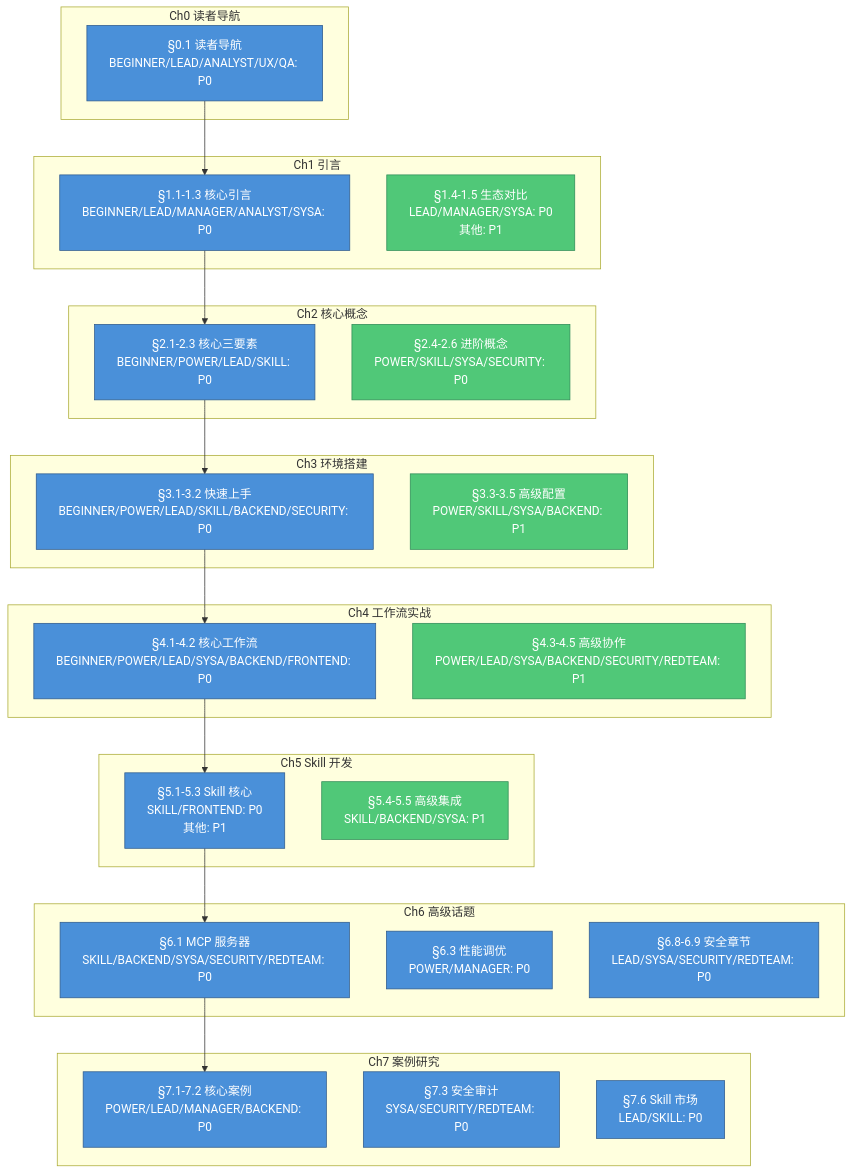
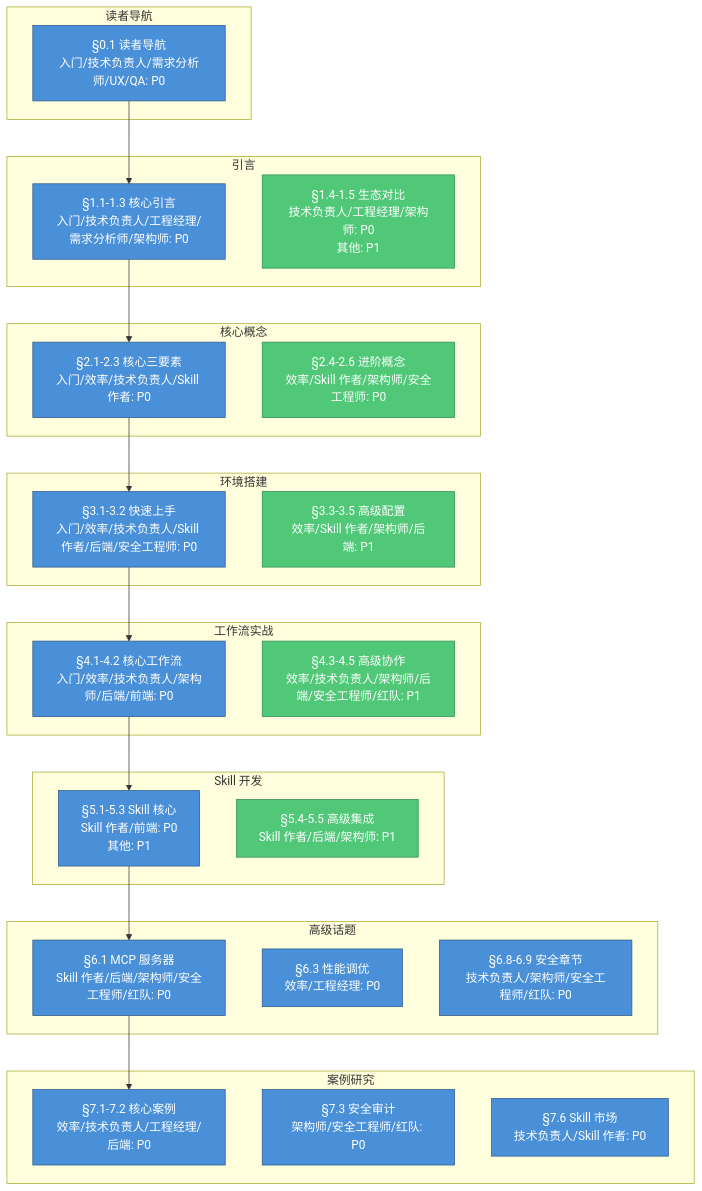
One commit to tonydeng/harness-engineering-from-oc-to-ai-coding changed the third of 6 diagrams in src/00-guide/README.md. Above: the diagram before and after it, drawn with Mermaid. The commit also changed other lines of this file and 3 other files, not shown here.

````diff
--- a/src/00-guide/README.md
+++ b/src/00-guide/README.md
@@ -138,58 +138,58 @@
 ```mermaid
 graph TB
-    subgraph Ch0["Ch0 读者导航"]
-        C0_1["§0.1 读者导航<br/>BEGINNER/LEAD/ANALYST/UX/QA: P0"]
+    subgraph Ch0["读者导航"]
+        C0_1["§0.1 读者导航<br/>入门/技术负责人/需求分析师/UX/QA: P0"]
     end
-    
-    subgraph Ch1["Ch1 引言"]
-        C1_1["§1.1-1.3 核心引言<br/>BEGINNER/LEAD/MANAGER/ANALYST/SYSA: P0"]
-        C1_2["§1.4-1.5 生态对比<br/>LEAD/MANAGER/SYSA: P0<br/>其他: P1"]
+
+    subgraph Ch1["引言"]
+        C1_1["§1.1-1.3 核心引言<br/>入门/技术负责人/工程经理/需求分析师/架构师: P0"]
+        C1_2["§1.4-1.5 生态对比<br/>技术负责人/工程经理/架构师: P0<br/>其他: P1"]
     end
-    
-    subgraph Ch2["Ch2 核心概念"]
-        C2_1["§2.1-2.3 核心三要素<br/>BEGINNER/POWER/LEAD/SKILL: P0"]
-        C2_2["§2.4-2.6 进阶概念<br/>POWER/SKILL/SYSA/SECURITY: P0"]
+
+    subgraph Ch2["核心概念"]
+        C2_1["§2.1-2.3 核心三要素<br/>入门/效率/技术负责人/Skill 作者: P0"]
+        C2_2["§2.4-2.6 进阶概念<br/>效率/Skill 作者/架构师/安全工程师: P0"]
     end
-    
-    subgraph Ch3["Ch3 环境搭建"]
-        C3_1["§3.1-3.2 快速上手<br/>BEGINNER/POWER/LEAD/SKILL/BACKEND/SECURITY: P0"]
-        C3_2["§3.3-3.5 高级配置<br/>POWER/SKILL/SYSA/BACKEND: P1"]
+
+    subgraph Ch3["环境搭建"]
+        C3_1["§3.1-3.2 快速上手<br/>入门/效率/技术负责人/Skill 作者/后端/安全工程师: P0"]
+        C3_2["§3.3-3.5 高级配置<br/>效率/Skill 作者/架构师/后端: P1"]
     end
-    
-    subgraph Ch4["Ch4 工作流实战"]
-        C4_1["§4.1-4.2 核心工作流<br/>BEGINNER/POWER/LEAD/SYSA/BACKEND/FRONTEND: P0"]
-        C4_2["§4.3-4.5 高级协作<br/>POWER/LEAD/SYSA/BACKEND/SECURITY/REDTEAM: P1"]
+
+    subgraph Ch4["工作流实战"]
+        C4_1["§4.1-4.2 核心工作流<br/>入门/效率/技术负责人/架构师/后端/前端: P0"]
+        C4_2["§4.3-4.5 高级协作<br/>效率/技术负责人/架构师/后端/安全工程师/红队: P1"]
     end
-    
-    subgraph Ch5["Ch5 Skill 开发"]
-        C5_1["§5.1-5.3 Skill 核心<br/>SKILL/FRONTEND: P0<br/>其他: P1"]
-        C5_2["§5.4-5.5 高级集成<br/>SKILL/BACKEND/SYSA: P1"]
+
+    subgraph Ch5["Skill 开发"]
+        C5_1["§5.1-5.3 Skill 核心<br/>Skill 作者/前端: P0<br/>其他: P1"]
+        C5_2["§5.4-5.5 高级集成<br/>Skill 作者/后端/架构师: P1"]
     end
-    
-    subgraph Ch6["Ch6 高级话题"]
-        C6_1["§6.1 MCP 服务器<br/>SKILL/BACKEND/SYSA/SECURITY/REDTEAM: P0"]
-        C6_2["§6.3 性能调优<br/>POWER/MANAGER: P0"]
-        C6_3["§6.8-6.9 安全章节<br/>LEAD/SYSA/SECURITY/REDTEAM: P0"]
+
+    subgraph Ch6["高级话题"]
+        C6_1["§6.1 MCP 服务器<br/>Skill 作者/后端/架构师/安全工程师/红队: P0"]
+        C6_2["§6.3 性能调优<br/>效率/工程经理: P0"]
+        C6_3["§6.8-6.9 安全章节<br/>技术负责人/架构师/安全工程师/红队: P0"]
     end
-    
-    subgraph Ch7["Ch7 案例研究"]
-        C7_1["§7.1-7.2 核心案例<br/>POWER/LEAD/MANAGER/BACKEND: P0"]
-        C7_2["§7.3 安全审计<br/>SYSA/SECURITY/REDTEAM: P0"]
-        C7_3["§7.6 Skill 市场<br/>LEAD/SKILL: P0"]
+
+    subgraph Ch7["案例研究"]
+        C7_1["§7.1-7.2 核心案例<br/>效率/技术负责人/工程经理/后端: P0"]
+        C7_2["§7.3 安全审计<br/>架构师/安全工程师/红队: P0"]
+        C7_3["§7.6 Skill 市场<br/>技术负责人/Skill 作者: P0"]
     end
-    
+
     C0_1 --> C1_1
     C1_1 --> C2_1
     C2_1 --> C3_1
     C3_1 --> C4_1
     C4_1 --> C5_1
     C5_1 --> C6_1
     C6_1 --> C7_1
-    
+
     classDef p0 fill:#4A90D9,stroke:#2E5A8C,color:#fff
     classDef p1 fill:#50C878,stroke:#2E8B57,color:#fff
     classDef p2 fill:#FF9F43,stroke:#D35400,color:#fff
-    
+
     class C0_1,C1_1,C2_1,C3_1,C4_1,C5_1,C6_1,C6_2,C6_3,C7_1,C7_2,C7_3 p0
     class C1_2,C2_2,C3_2,C4_2,C5_2 p1
 ```
````
